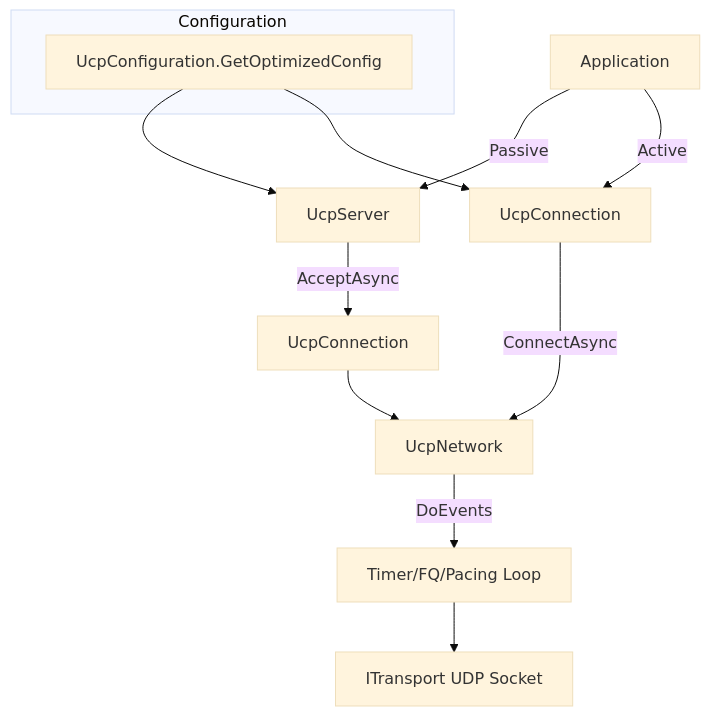
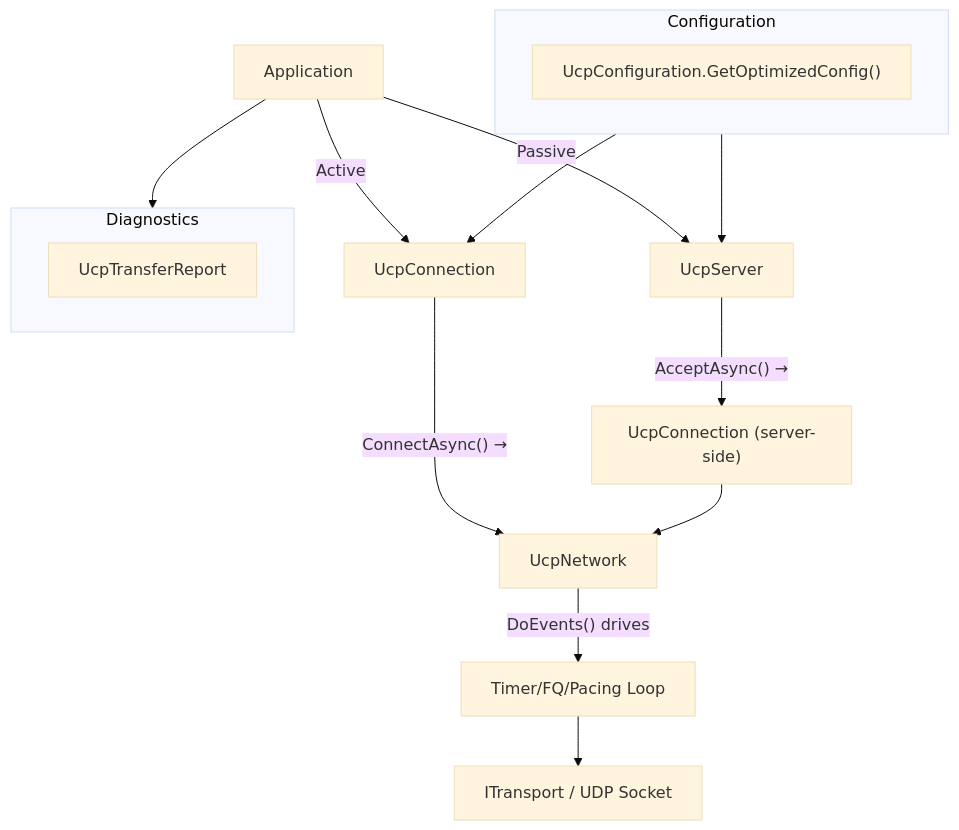
One commit to liulilittle/ucp changed the first of 4 diagrams in docs/api.md. Above: the diagram before and after it, drawn with Mermaid (base theme). The commit also changed other lines of this file and 43 other files, not shown here.

````diff
--- a/docs/api.md
+++ b/docs/api.md
@@ -13,17 +13,23 @@
 ```mermaid
 flowchart TD
-    App[Application] -->|Passive| Server[UcpServer]
-    App -->|Active| Client[UcpConnection]
-    Server -->|AcceptAsync| ServerConn[UcpConnection]
-    Client -->|ConnectAsync| Net[UcpNetwork]
+    App["Application"] -->|"Passive"| Server["UcpServer"]
+    App -->|"Active"| Client["UcpConnection"]
+    Server -->|"AcceptAsync() →"| ServerConn["UcpConnection (server-side)"]
+    Client -->|"ConnectAsync() →"| Net["UcpNetwork"]
     ServerConn --> Net
-    Net -->|DoEvents| Loop[Timer/FQ/Pacing Loop]
-    Loop --> Socket[ITransport UDP Socket]
-
-    subgraph Configuration
-        Config[UcpConfiguration.GetOptimizedConfig]
+    Net -->|"DoEvents() drives"| Loop["Timer/FQ/Pacing Loop"]
+    Loop --> Socket["ITransport / UDP Socket"]
+    
+    subgraph Config["Configuration"]
+        Factory["UcpConfiguration.GetOptimizedConfig()"]
     end
-
+    
     Config --> Server
     Config --> Client
+    
+    subgraph Monitoring["Diagnostics"]
+        Report["UcpTransferReport"]
+    end
+    
+    App --> Monitoring
 ```
````
